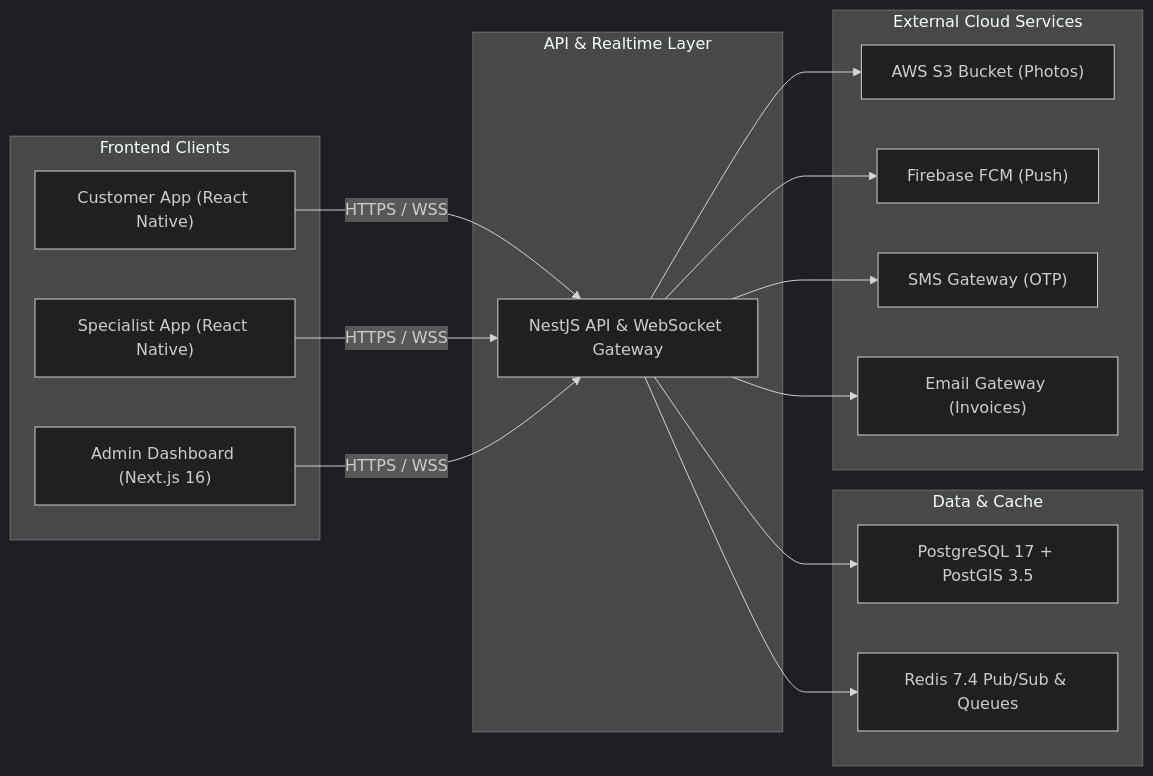
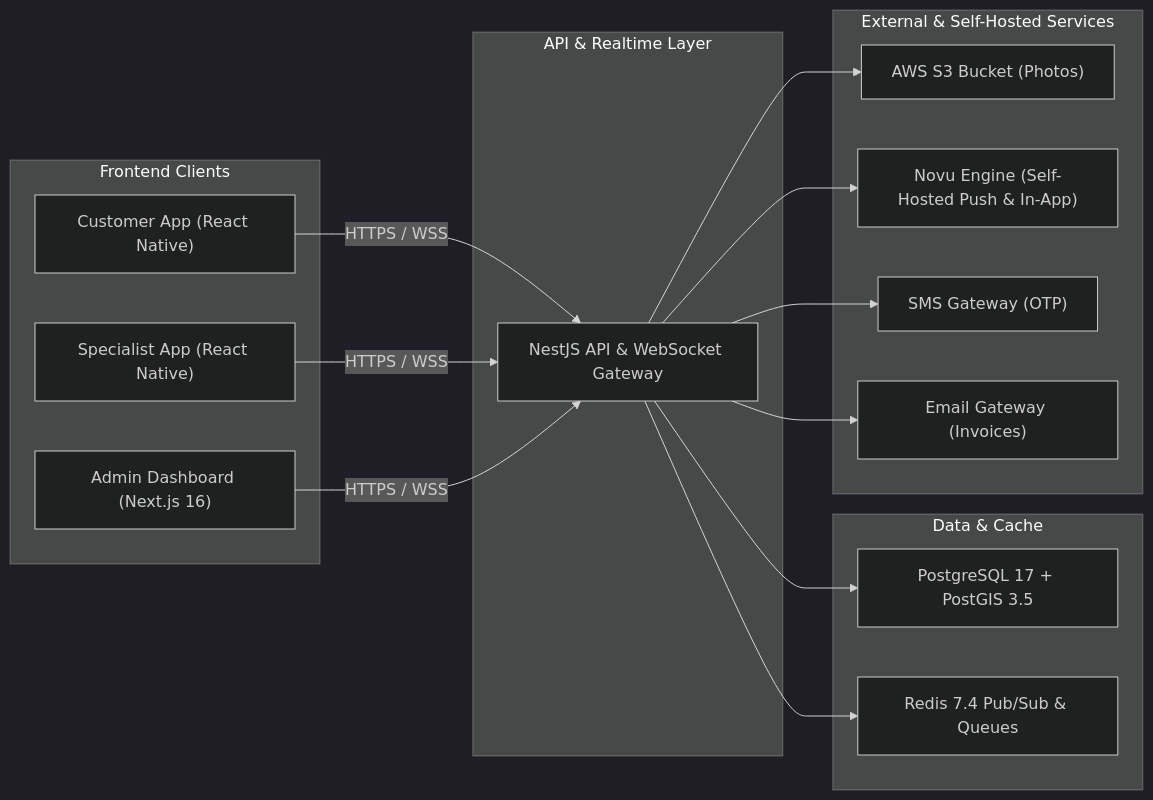
The diagram in docs/overview/tech-stack.md (fsdevriver/800-doc), drawn with Mermaid (dark theme) before and after one commit. The commit also changed other lines of this file and 3 other files, not shown here.

Commit message:
feat: adopt Novu self-hosted notification engine across architecture and tech stack

````diff
--- a/docs/overview/tech-stack.md
+++ b/docs/overview/tech-stack.md
@@ -30,35 +30,35 @@
 ```mermaid
 graph LR
     subgraph Clients["Frontend Clients"]
         RN_C["Customer App (React Native)"]
         RN_S["Specialist App (React Native)"]
         NEXT["Admin Dashboard (Next.js 16)"]
     end
 
     subgraph API["API & Realtime Layer"]
         GW["NestJS API & WebSocket Gateway"]
     end
 
     subgraph Storage["Data & Cache"]
         PG["PostgreSQL 17 + PostGIS 3.5"]
         REDIS["Redis 7.4 Pub/Sub & Queues"]
     end
 
-    subgraph CloudServices["External Cloud Services"]
+    subgraph CloudServices["External & Self-Hosted Services"]
         S3["AWS S3 Bucket (Photos)"]
-        FCM["Firebase FCM (Push)"]
+        NOVU["Novu Engine (Self-Hosted Push & In-App)"]
         SMS["SMS Gateway (OTP)"]
         MAIL["Email Gateway (Invoices)"]
     end
 
     RN_C -->|HTTPS / WSS| GW
     RN_S -->|HTTPS / WSS| GW
     NEXT -->|HTTPS / WSS| GW
 
     GW --> PG
     GW --> REDIS
     GW --> S3
-    GW --> FCM
+    GW --> NOVU
     GW --> SMS
     GW --> MAIL
 ```
````
